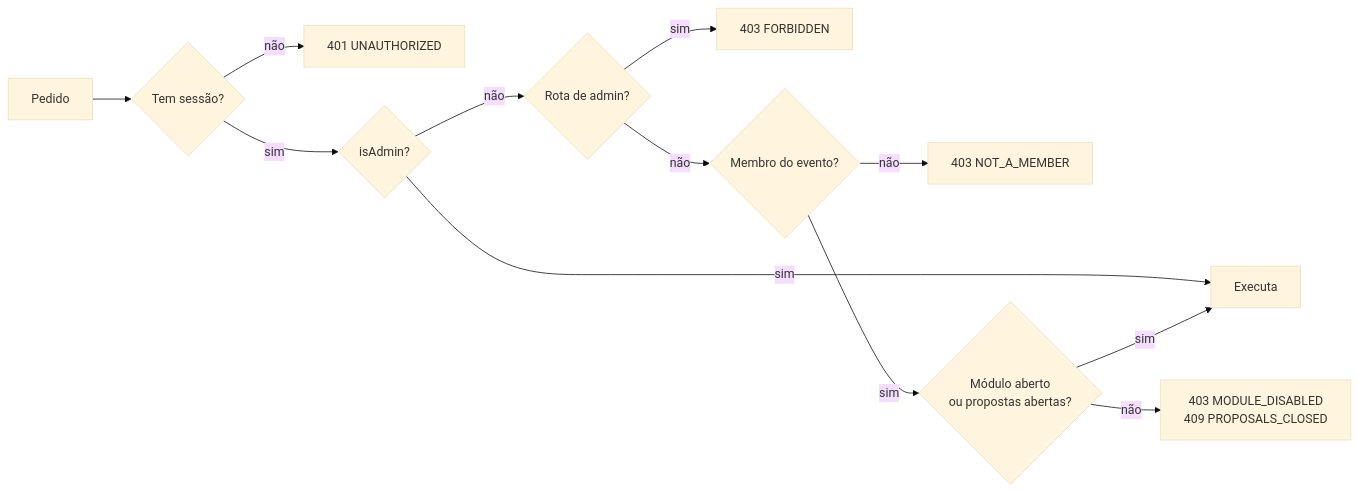
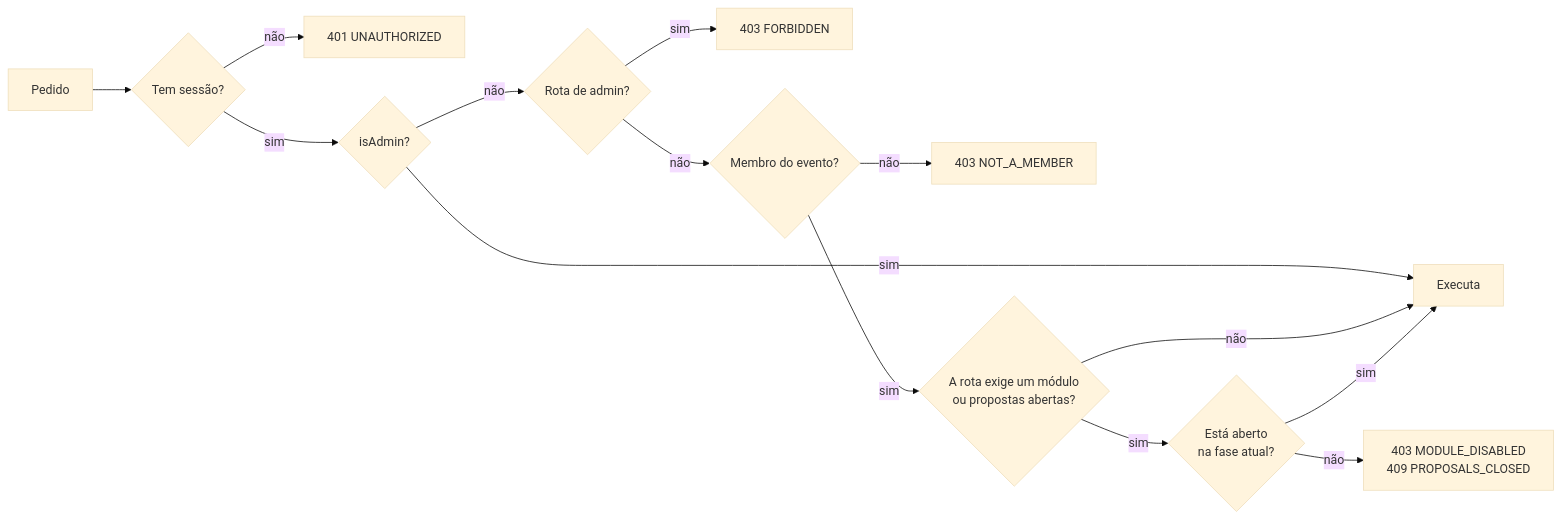
Before and after one commit to joaopachecowork1/Canhoes: the second of 2 diagrams in docs/03-arquitetura.md, drawn with Mermaid (base theme). The commit also changed 1 other file, not shown here.

Commit message:
Clarify two diagrams: deploy flow and authorization
The deploy flowchart drew the git fetch edge through the Cloudflare box, so it
read as Cloudflare talking to GitHub; GitHub now sits outside the internet
group. The authorization flowchart now shows that member routes without a
module or proposals guard run directly.

Claude-Session: https://claude.ai/code/session_01KuBBfin5gSXP8ViP4wVyzp

````diff
--- a/docs/03-arquitetura.md
+++ b/docs/03-arquitetura.md
@@ -96,14 +96,16 @@
 ```mermaid
 flowchart LR
   REQ["Pedido"] --> U{"Tem sessão?"}
   U -- não --> E401["401 UNAUTHORIZED"]
   U -- sim --> A{"isAdmin?"}
   A -- sim --> OK["Executa"]
   A -- não --> RA{"Rota de admin?"}
   RA -- sim --> E403A["403 FORBIDDEN"]
   RA -- não --> M{"Membro do evento?"}
   M -- não --> E403M["403 NOT_A_MEMBER"]
-  M -- sim --> MOD{"Módulo aberto<br/>ou propostas abertas?"}
+  M -- sim --> R{"A rota exige um módulo<br/>ou propostas abertas?"}
+  R -- não --> OK
+  R -- sim --> MOD{"Está aberto<br/>na fase atual?"}
   MOD -- não --> E4xx["403 MODULE_DISABLED<br/>409 PROPOSALS_CLOSED"]
   MOD -- sim --> OK
 ```
````
